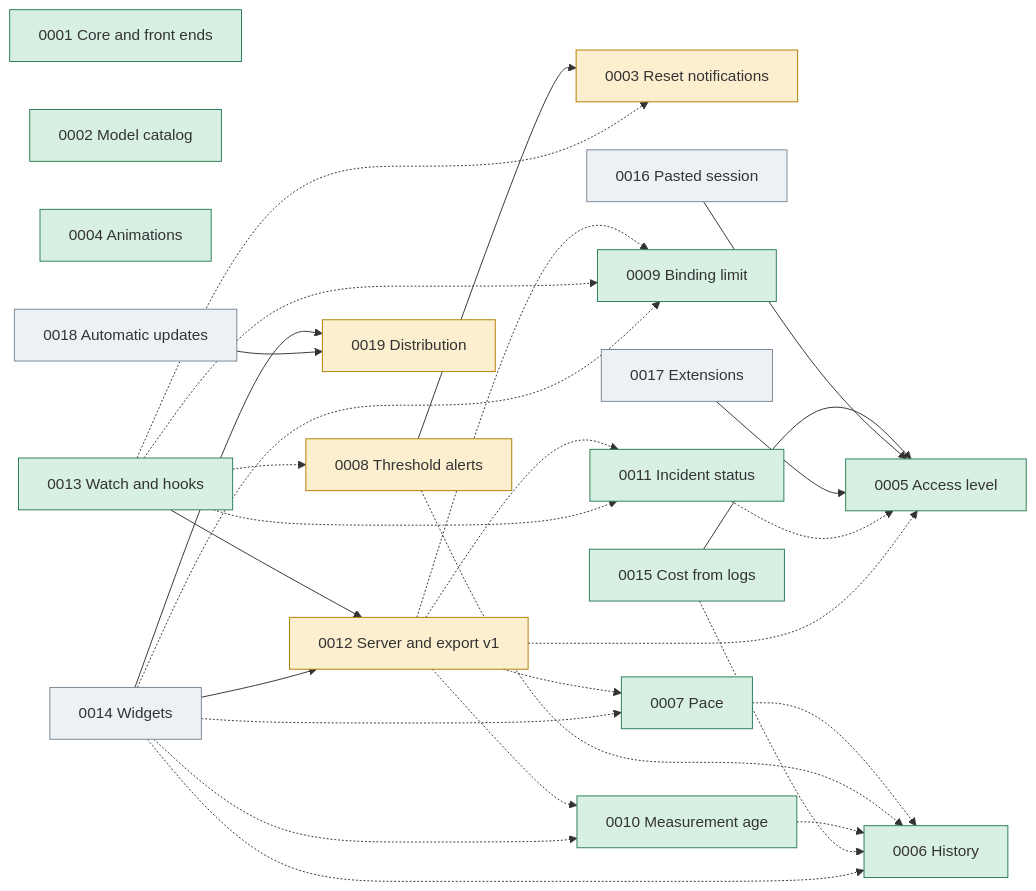
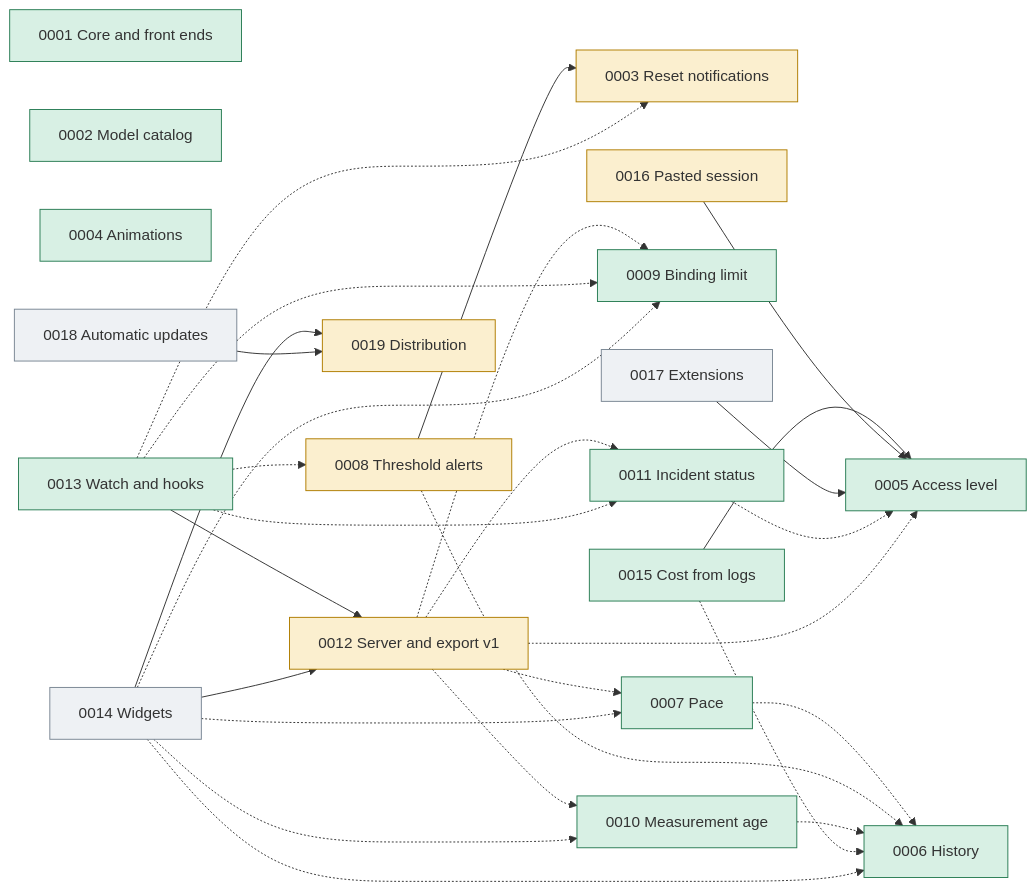
The diagram in docs/plans/0000_control.md (jmarcon/cuotai), drawn with Mermaid before and after one commit. The commit also changed other lines of this file and 53 other files, not shown here.

````diff
--- a/docs/plans/0000_control.md
+++ b/docs/plans/0000_control.md
@@ -112,54 +113,54 @@
 ```mermaid
 graph LR
   classDef done fill:#d8f0e4,stroke:#2a7d55
   classDef wip fill:#fbefcf,stroke:#b07d00
   classDef todo fill:#eef1f4,stroke:#7a8794
 
   P1["0001 Core and front ends"]:::done
   P2["0002 Model catalog"]:::done
   P3["0003 Reset notifications"]:::wip
   P4["0004 Animations"]:::done
   P5["0005 Access level"]:::done
   P6["0006 History"]:::done
   P7["0007 Pace"]:::done
   P8["0008 Threshold alerts"]:::wip
   P9["0009 Binding limit"]:::done
   P10["0010 Measurement age"]:::done
   P11["0011 Incident status"]:::done
   P12["0012 Server and export v1"]:::wip
   P13["0013 Watch and hooks"]:::done
   P14["0014 Widgets"]:::todo
   P15["0015 Cost from logs"]:::done
-  P16["0016 Pasted session"]:::todo
+  P16["0016 Pasted session"]:::wip
   P17["0017 Extensions"]:::todo
   P18["0018 Automatic updates"]:::todo
   P19["0019 Distribution"]:::wip
 
   P8 --> P3
   P13 --> P12
   P14 --> P12
   P14 --> P19
   P15 --> P5
   P16 --> P5
   P17 --> P5
   P18 --> P19
 
   P7 -.-> P6
   P8 -.-> P6
   P10 -.-> P6
   P11 -.-> P5
   P15 -.-> P6
   P12 -.-> P5
   P12 -.-> P7
   P12 -.-> P9
   P12 -.-> P10
   P12 -.-> P11
   P13 -.-> P3
   P13 -.-> P8
   P13 -.-> P9
   P13 -.-> P11
   P14 -.-> P6
   P14 -.-> P7
   P14 -.-> P9
   P14 -.-> P10
 ```
````
